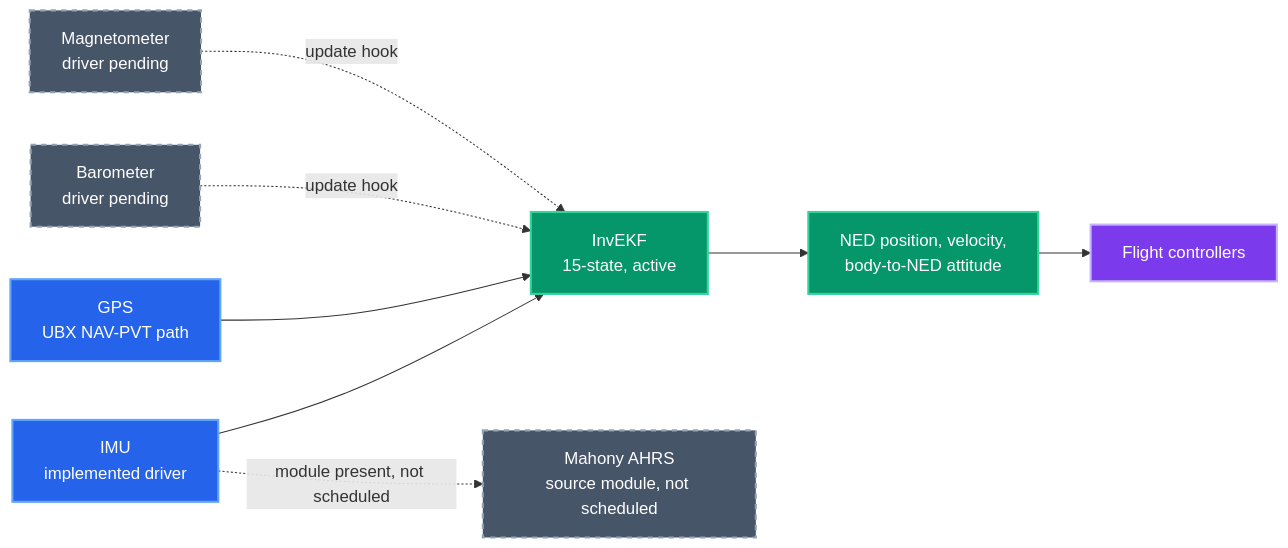
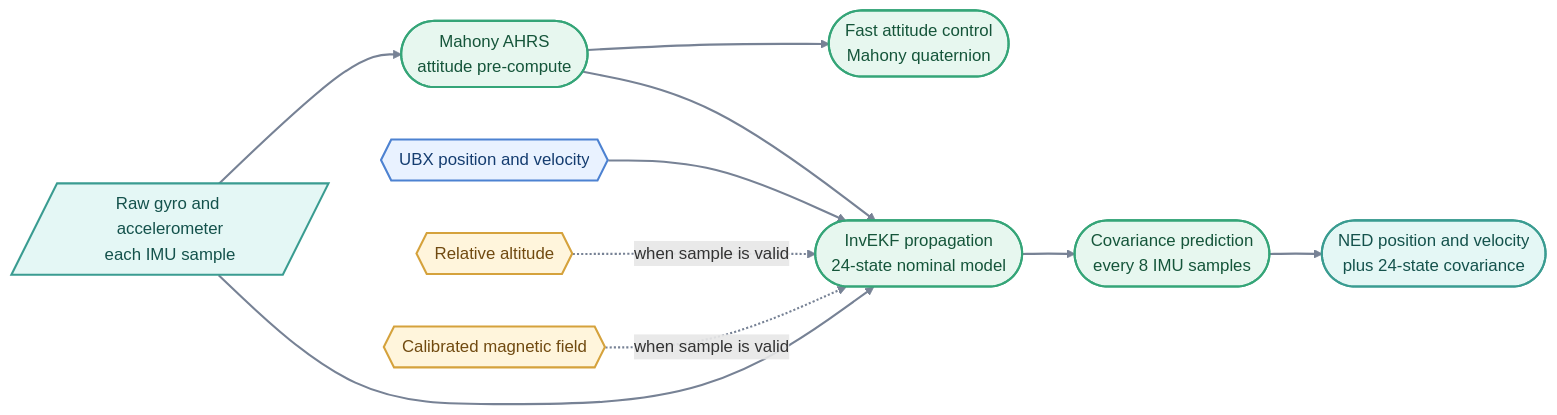
Before and after one commit to nafs09/dual-control-drone-flight-controller: the third of 3 diagrams in README.md, drawn with Mermaid. The commit also changed other lines of this file and 20 other files, not shown here.

Commit message:
Update documentation and improve the InvEKF and other components.

````diff
--- a/README.md
+++ b/README.md
@@ -137,27 +140,29 @@
 ```mermaid
 flowchart LR
-  IMU["IMU<br/>implemented driver"]
-  GPS["GPS<br/>UBX NAV-PVT path"]
-  BARO["Barometer<br/>driver pending"]
-  MAG["Magnetometer<br/>driver pending"]
-  INV["InvEKF<br/>15-state, active"]
-  MAHONY["Mahony AHRS<br/>source module, not scheduled"]
-  STATE["NED position, velocity,<br/>body-to-NED attitude"]
-  CTRL["Flight controllers"]
+  RAW[/Raw gyro and accelerometer<br/>each IMU sample/]
+  MAH(["Mahony AHRS<br/>attitude pre-compute"])
+  NAV(["InvEKF propagation<br/>24-state nominal model"])
+  COV(["Covariance prediction<br/>every 8 IMU samples"])
+  GPS{{UBX position and velocity}}
+  BARO{{Relative altitude}}
+  MAG{{Calibrated magnetic field}}
+  STATES(["NED position and velocity<br/>plus 24-state covariance"])
+  FAST(["Fast attitude control<br/>Mahony quaternion"])
 
-  IMU --> INV
-  IMU -. "module present, not scheduled" .-> MAHONY
-  GPS --> INV
-  BARO -. "update hook" .-> INV
-  MAG -. "update hook" .-> INV
-  INV --> STATE
-  STATE --> CTRL
-  classDef sensors fill:#2563eb,color:#fff,stroke:#60a5fa,stroke-width:2px
-  classDef estimate fill:#059669,color:#fff,stroke:#34d399,stroke-width:2px
-  classDef inactive fill:#475569,color:#fff,stroke:#94a3b8,stroke-width:2px,stroke-dasharray:5 5
-  classDef control fill:#7c3aed,color:#fff,stroke:#c4b5fd,stroke-width:2px
-  class IMU,GPS sensors
-  class BARO,MAG,MAHONY inactive
-  class INV,STATE estimate
-  class CTRL control
+  RAW --> MAH --> FAST
+  RAW --> NAV
+  MAH --> NAV --> COV --> STATES
+  GPS --> NAV
+  BARO -. "when sample is valid" .-> NAV
+  MAG -. "when sample is valid" .-> NAV
+
+  classDef hardware fill:#E9F2FF,color:#153D70,stroke:#4D82D1,stroke-width:2px
+  classDef system fill:#E7F7EF,color:#15553A,stroke:#35A578,stroke-width:2px
+  classDef sensing fill:#E4F7F5,color:#14524C,stroke:#3A9C91,stroke-width:2px
+  classDef checks fill:#FFF5DC,color:#704A10,stroke:#D5A23C,stroke-width:2px
+  class RAW,STATES sensing
+  class GPS hardware
+  class BARO,MAG checks
+  class MAH,NAV,COV,FAST system
+  linkStyle default stroke:#778295,stroke-width:2px
 ```
````
